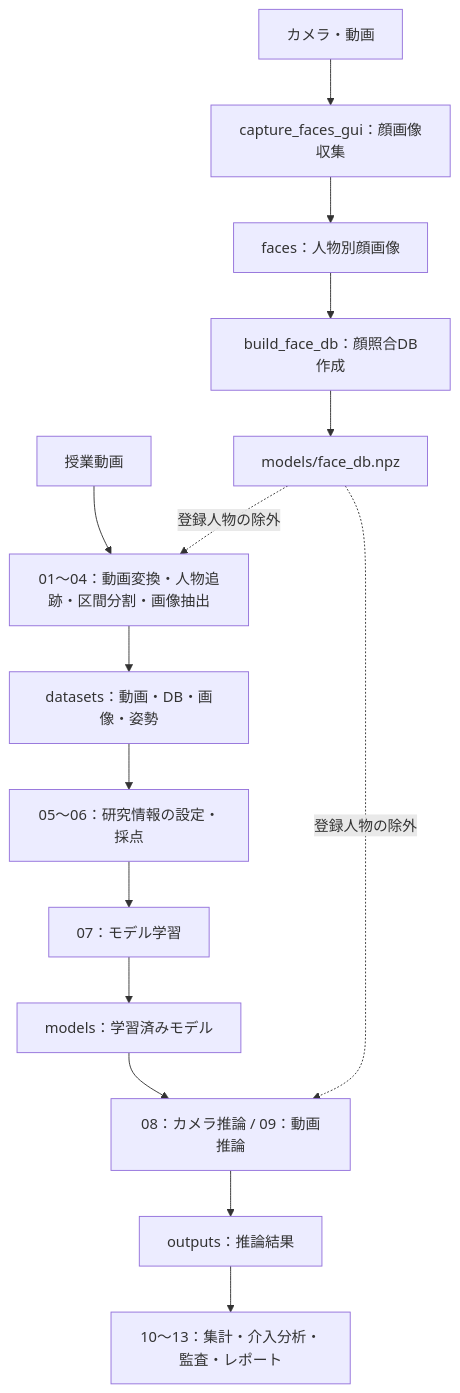
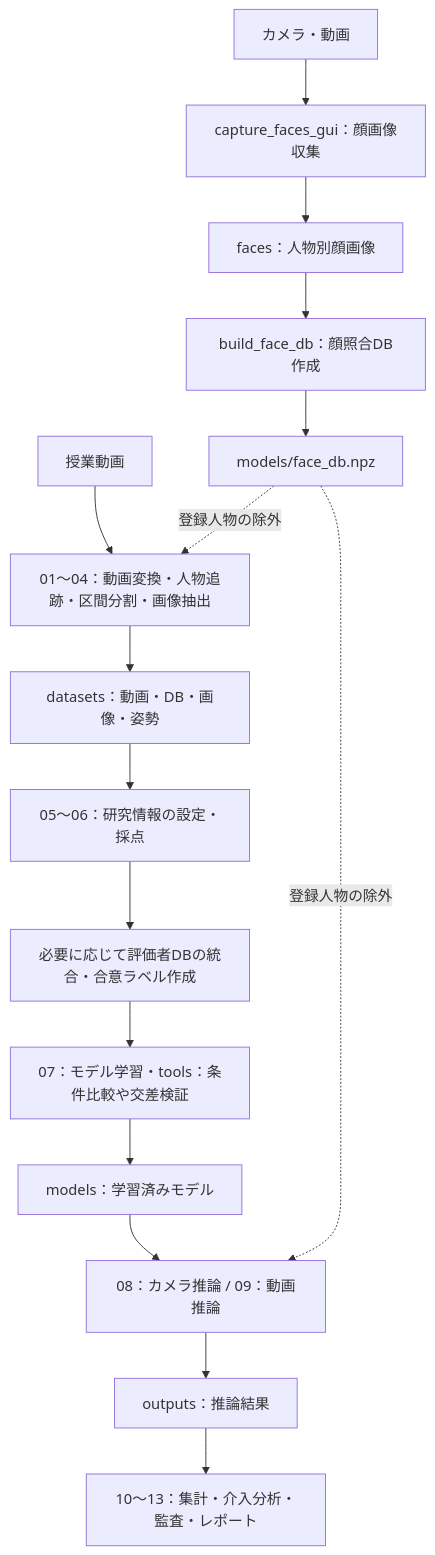
One commit to syungsan/ConcentrationMeasurement changed the diagram in docs/PROJECT_STRUCTURE.md. Above: the diagram before and after it, drawn with Mermaid. The commit also changed other lines of this file and 12 other files, not shown here.

````diff
--- a/docs/PROJECT_STRUCTURE.md
+++ b/docs/PROJECT_STRUCTURE.md
@@ -163,17 +192,18 @@
 ```mermaid
 flowchart TD
     A[授業動画] --> B[01〜04：動画変換・人物追跡・区間分割・画像抽出]
     B --> C[datasets：動画・DB・画像・姿勢]
     C --> D[05〜06：研究情報の設定・採点]
-    D --> E[07：モデル学習]
+    D --> R[必要に応じて評価者DBの統合・合意ラベル作成]
+    R --> E[07：モデル学習・tools：条件比較や交差検証]
     E --> F[models：学習済みモデル]
     F --> G[08：カメラ推論 / 09：動画推論]
     G --> H[outputs：推論結果]
     H --> I[10〜13：集計・介入分析・監査・レポート]
     J[カメラ・動画] --> K[capture_faces_gui：顔画像収集]
     K --> L[faces：人物別顔画像]
     L --> M[build_face_db：顔照合DB作成]
     M --> N[models/face_db.npz]
     N -. 登録人物の除外 .-> B
     N -. 登録人物の除外 .-> G
 ```
````
